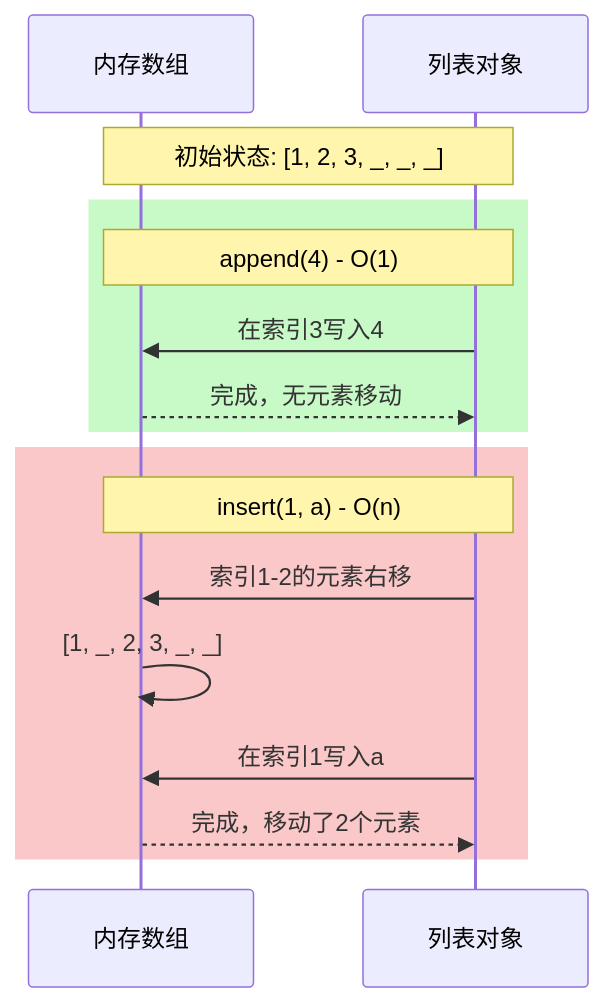
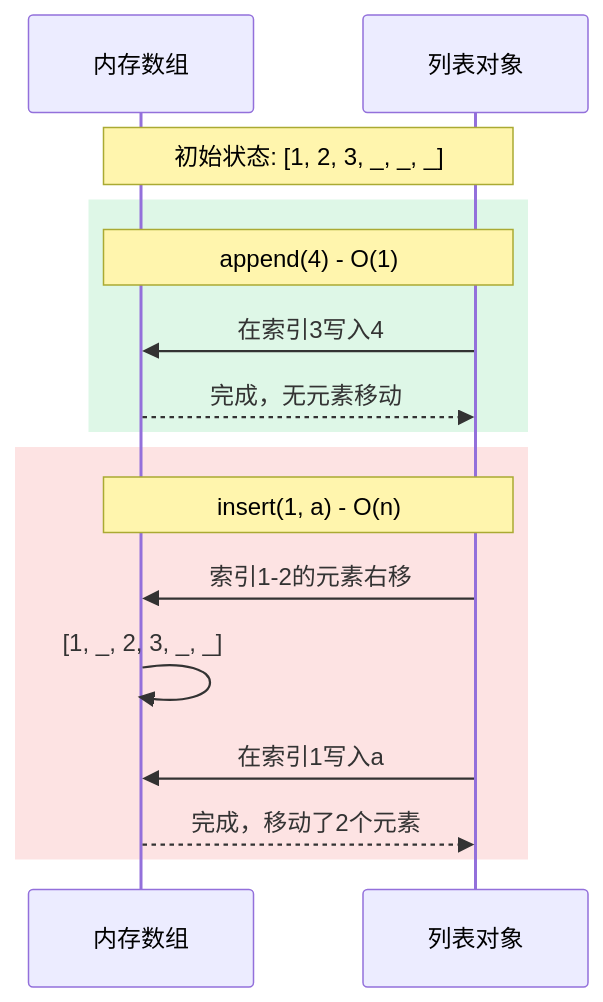
The second of 2 diagrams in docs/docs/data-structures/lists.mdx (Destiny-GPU/study-python), drawn with Mermaid before and after one commit. The commit also changed other lines of this file and 139 other files, not shown here.

First line of the commit message:
修复多项问题: Mermaid暗色模式、流程图布局、名言动画、图标统一

````diff
--- a/docs/docs/data-structures/lists.mdx
+++ b/docs/docs/data-structures/lists.mdx
@@ -172,21 +173,21 @@
 ```mermaid
 sequenceDiagram
     participant Memory as 内存数组
     participant List as 列表对象
     
     Note over List, Memory: 初始状态: [1, 2, 3, _, _, _]
     
-    rect rgb(200, 250, 200)
+    rect rgba(34, 197, 94, 0.15)
     Note over List, Memory: append(4) - O(1)
     List->>Memory: 在索引3写入4
     Memory-->>List: 完成，无元素移动
     end
     
-    rect rgb(250, 200, 200)
+    rect rgba(239, 68, 68, 0.15)
     Note over List, Memory: insert(1, a) - O(n)
     List->>Memory: 索引1-2的元素右移
     Memory->>Memory: [1, _, 2, 3, _, _]
     List->>Memory: 在索引1写入a
     Memory-->>List: 完成，移动了2个元素
     end
 ```
````
